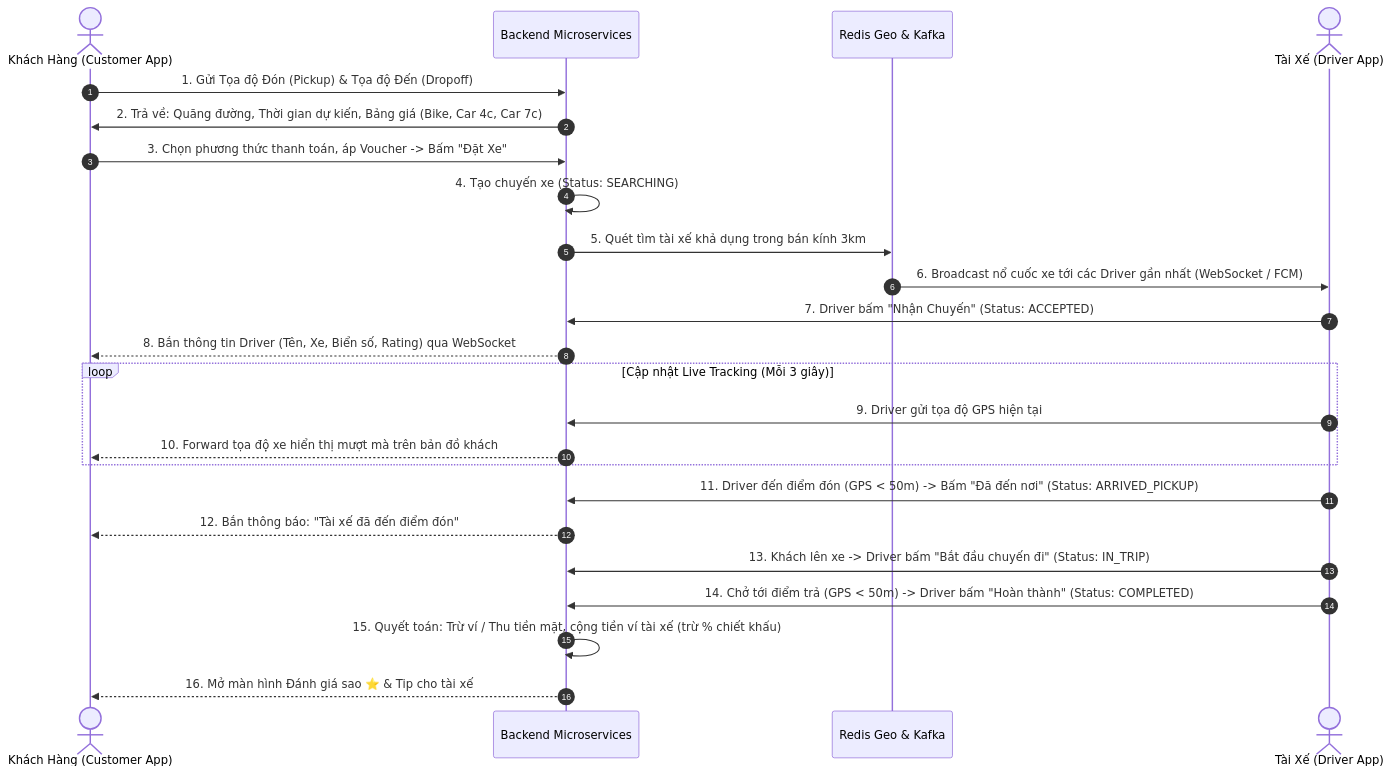
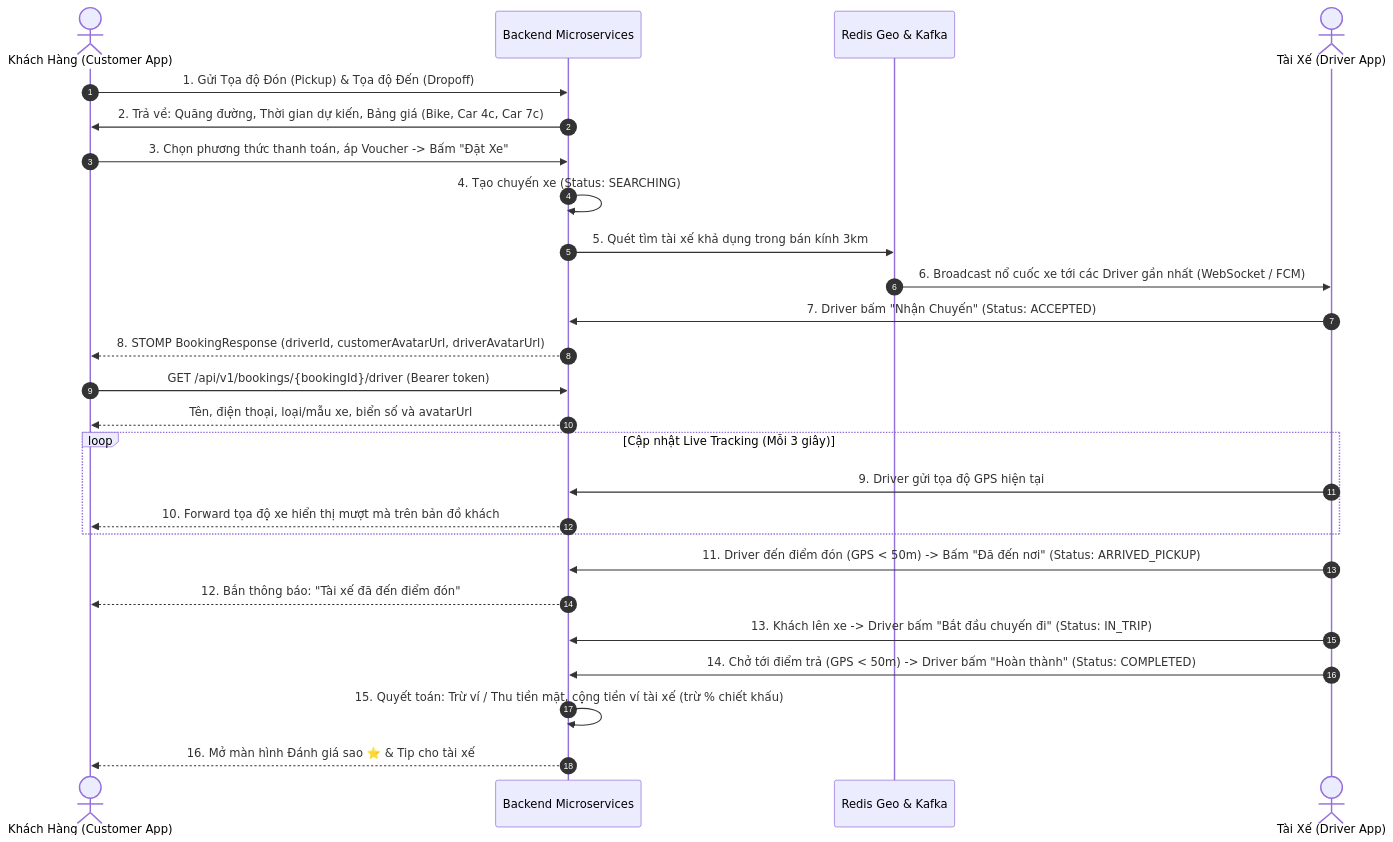
Before and after one commit to AnhQuocs/OmniGo: the first of 2 diagrams in SRC/APP/docs/BUSINESS_FLOW_SPECIFICATION.md, drawn with Mermaid. The commit also changed other lines of this file and 30 other files, not shown here.

Commit message:
feat(booking): add customer and driver avatar URLs to booking and related services

````diff
--- a/SRC/APP/docs/BUSINESS_FLOW_SPECIFICATION.md
+++ b/SRC/APP/docs/BUSINESS_FLOW_SPECIFICATION.md
@@ -17,27 +17,29 @@
 ```mermaid
 sequenceDiagram
     autonumber
     actor C as Khách Hàng (Customer App)
     participant BE as Backend Microservices
     participant RG as Redis Geo & Kafka
     actor D as Tài Xế (Driver App)
 
     C->>BE: 1. Gửi Tọa độ Đón (Pickup) & Tọa độ Đến (Dropoff)
     BE->>C: 2. Trả về: Quãng đường, Thời gian dự kiến, Bảng giá (Bike, Car 4c, Car 7c)
     C->>BE: 3. Chọn phương thức thanh toán, áp Voucher -> Bấm "Đặt Xe"
     BE->>BE: 4. Tạo chuyến xe (Status: SEARCHING)
     BE->>RG: 5. Quét tìm tài xế khả dụng trong bán kính 3km
     RG->>D: 6. Broadcast nổ cuốc xe tới các Driver gần nhất (WebSocket / FCM)
     D->>BE: 7. Driver bấm "Nhận Chuyến" (Status: ACCEPTED)
-    BE-->>C: 8. Bắn thông tin Driver (Tên, Xe, Biển số, Rating) qua WebSocket
+    BE-->>C: 8. STOMP BookingResponse (driverId, customerAvatarUrl, driverAvatarUrl)
+    C->>BE: GET /api/v1/bookings/{bookingId}/driver (Bearer token)
+    BE-->>C: Tên, điện thoại, loại/mẫu xe, biển số và avatarUrl
     loop Cập nhật Live Tracking (Mỗi 3 giây)
         D->>BE: 9. Driver gửi tọa độ GPS hiện tại
         BE-->>C: 10. Forward tọa độ xe hiển thị mượt mà trên bản đồ khách
     end
     D->>BE: 11. Driver đến điểm đón (GPS < 50m) -> Bấm "Đã đến nơi" (Status: ARRIVED_PICKUP)
     BE-->>C: 12. Bắn thông báo: "Tài xế đã đến điểm đón"
     D->>BE: 13. Khách lên xe -> Driver bấm "Bắt đầu chuyến đi" (Status: IN_TRIP)
     D->>BE: 14. Chở tới điểm trả (GPS < 50m) -> Driver bấm "Hoàn thành" (Status: COMPLETED)
     BE->>BE: 15. Quyết toán: Trừ ví / Thu tiền mặt, cộng tiền ví tài xế (trừ % chiết khấu)
     BE-->>C: 16. Mở màn hình Đánh giá sao ⭐ & Tip cho tài xế
 ```
````
